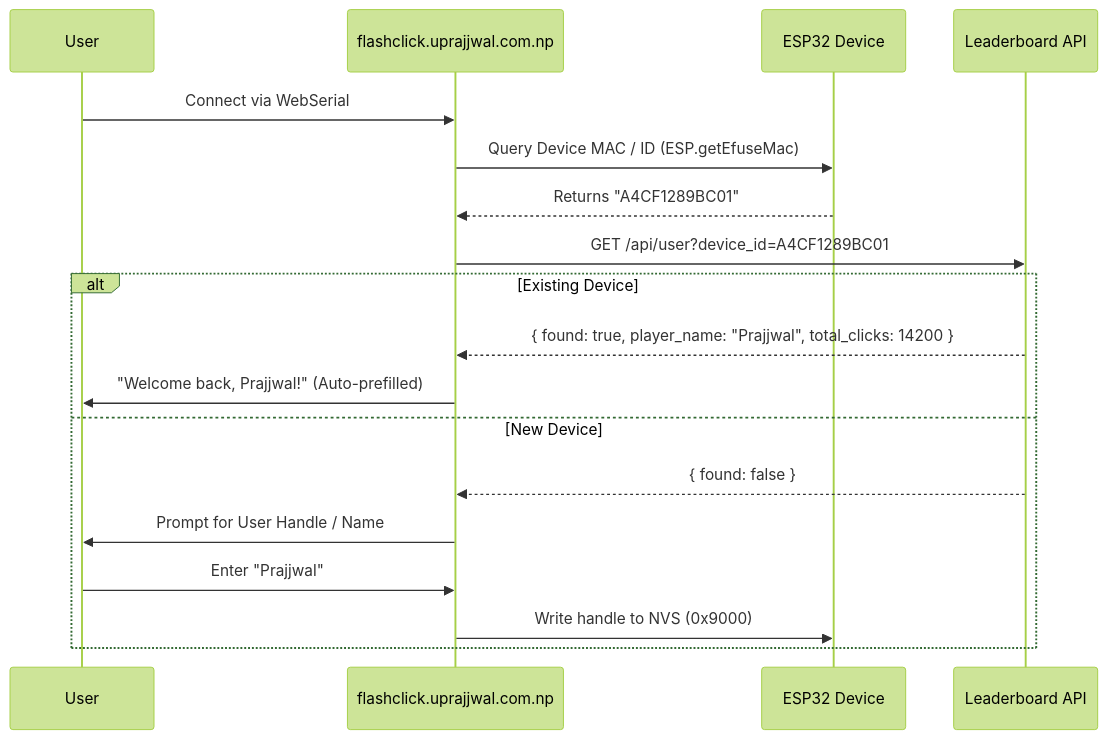
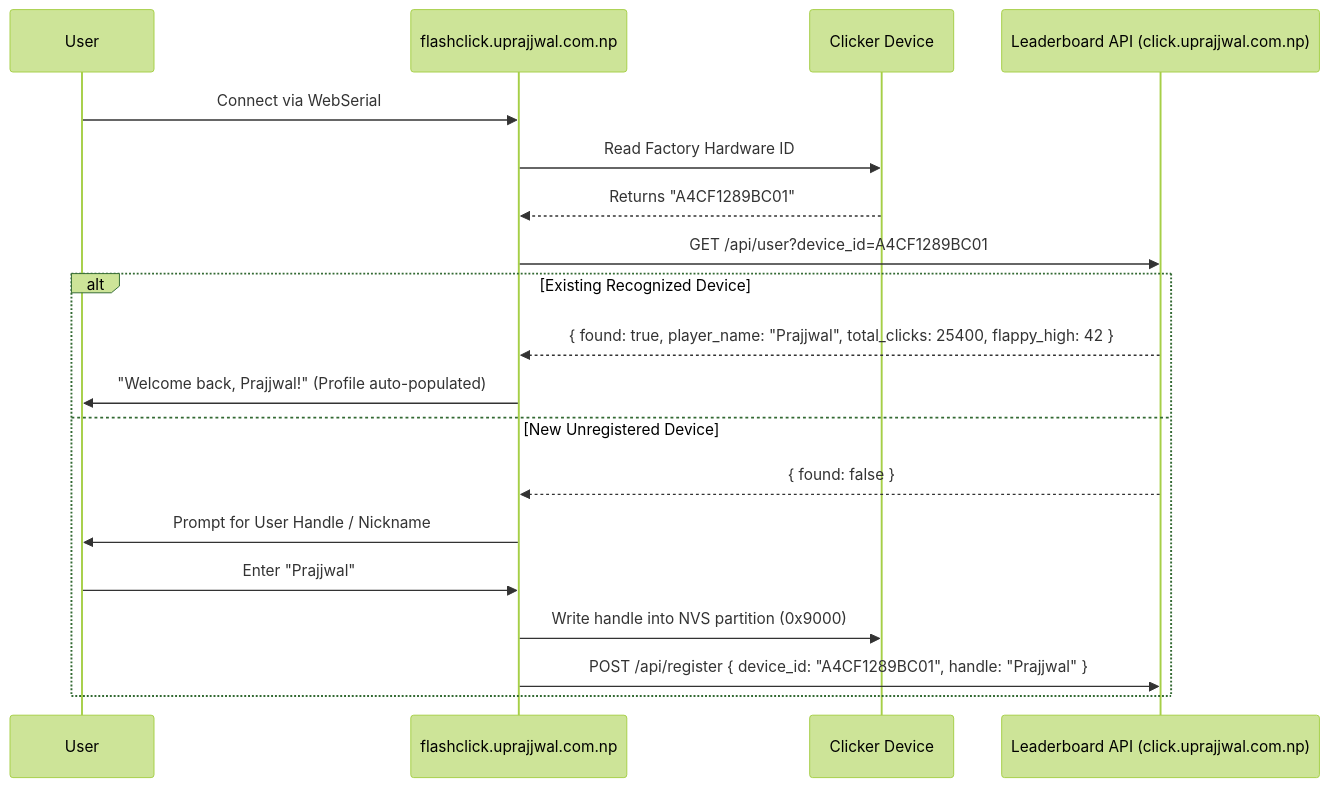
The diagram in docs/device_identification_and_leaderboard.md (prajjwalprajjwal/Click), drawn with Mermaid (forest theme) before and after one commit. The commit also changed other lines of this file and 35 other files, not shown here.

````diff
--- a/docs/device_identification_and_leaderboard.md
+++ b/docs/device_identification_and_leaderboard.md
@@ -33,22 +54,23 @@
 ```mermaid
 sequenceDiagram
     participant User
     participant WebFlasher as flashclick.uprajjwal.com.np
-    participant ESP32 as ESP32 Device
-    participant Backend as Leaderboard API
+    participant Device as Clicker Device
+    participant Backend as Leaderboard API (click.uprajjwal.com.np)
 
     User->>WebFlasher: Connect via WebSerial
-    WebFlasher->>ESP32: Query Device MAC / ID (ESP.getEfuseMac)
-    ESP32-->>WebFlasher: Returns "A4CF1289BC01"
+    WebFlasher->>Device: Read Factory Hardware ID
+    Device-->>WebFlasher: Returns "A4CF1289BC01"
     WebFlasher->>Backend: GET /api/user?device_id=A4CF1289BC01
     
-    alt Existing Device
-        Backend-->>WebFlasher: { found: true, player_name: "Prajjwal", total_clicks: 14200 }
-        WebFlasher->>User: "Welcome back, Prajjwal!" (Auto-prefilled)
-    else New Device
+    alt Existing Recognized Device
+        Backend-->>WebFlasher: { found: true, player_name: "Prajjwal", total_clicks: 25400, flappy_high: 42 }
+        WebFlasher->>User: "Welcome back, Prajjwal!" (Profile auto-populated)
+    else New Unregistered Device
         Backend-->>WebFlasher: { found: false }
-        WebFlasher->>User: Prompt for User Handle / Name
+        WebFlasher->>User: Prompt for User Handle / Nickname
         User->>WebFlasher: Enter "Prajjwal"
-        WebFlasher->>ESP32: Write handle to NVS (0x9000)
+        WebFlasher->>Device: Write handle into NVS partition (0x9000)
+        WebFlasher->>Backend: POST /api/register { device_id: "A4CF1289BC01", handle: "Prajjwal" }
     end
 ```
````
